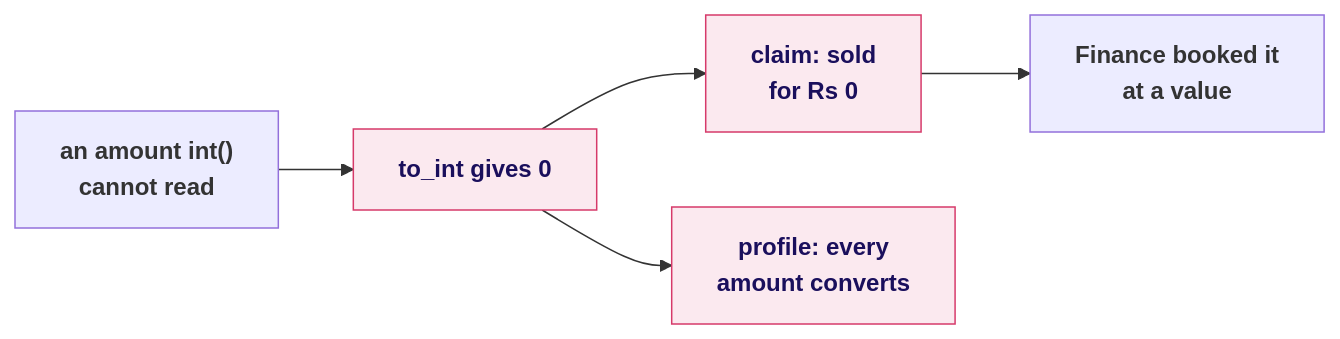
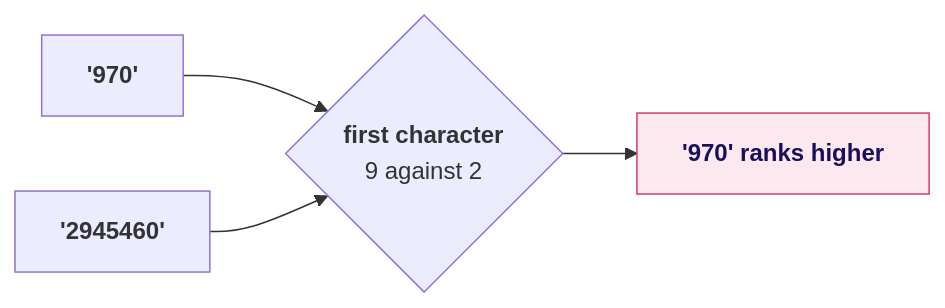
Before and after one commit to fde-academy-lab/c2-content-factory: the sixth of 19 diagrams in content/W01/D3/slides/C2_W01_D03_half1_STUDENT.md, drawn with Mermaid. The commit also changed other lines of this file and 10 other files, not shown here.

````diff
--- a/content/W01/D3/slides/C2_W01_D03_half1_STUDENT.md
+++ b/content/W01/D3/slides/C2_W01_D03_half1_STUDENT.md
@@ -323,9 +300,8 @@
 ```mermaid
 flowchart LR
-    A["<b>an amount int()<br/>cannot read</b>"] --> Z["<b>to_int gives 0</b>"]
-    Z --> C["<b>claim: sold<br/>for Rs 0</b>"]
-    C --> B["<b>Finance booked it<br/>at a value</b>"]
-    Z --> P["<b>profile: every<br/>amount converts</b>"]
+    A["<b>'970'</b>"] --> C{"<b>first character</b><br/>9 against 2"}
+    B["<b>'2945460'</b>"] --> C
+    C --> W["<b>'970' ranks higher</b>"]
     classDef bad fill:#FBE9EF,stroke:#D63A6A,color:#1A0F5C
-    class Z,C,P bad
+    class W bad
 ```
````
